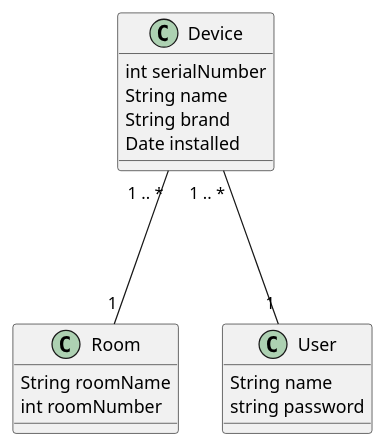
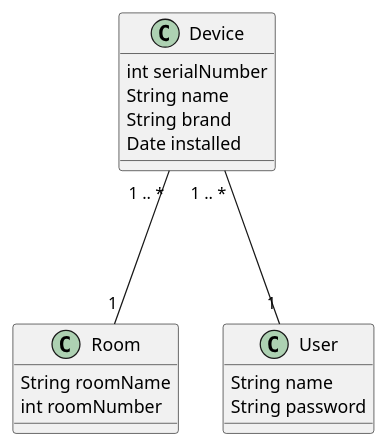
One commit to htl-leonding-project/5ahif-syp-chromecast-manager changed the diagram in Backend/asciidocs/cld.puml. Above: the diagram before and after it, drawn with PlantUML. The commit also changed 3 other files, not shown here.

```diff
--- a/Backend/asciidocs/cld.puml
+++ b/Backend/asciidocs/cld.puml
@@ -1,23 +1,23 @@
 @startuml
 
 class Device{
   int serialNumber
   String name
   String brand
   Date installed
 }
 
 class Room{
    String roomName
    int roomNumber
 }
 class User
 {
-String name
-string password
+    String name
+    String password
 }
 
 Device "1 .. *" --- "1" Room
 Device "1 .. *" --- "1" User
 
 @enduml
```
